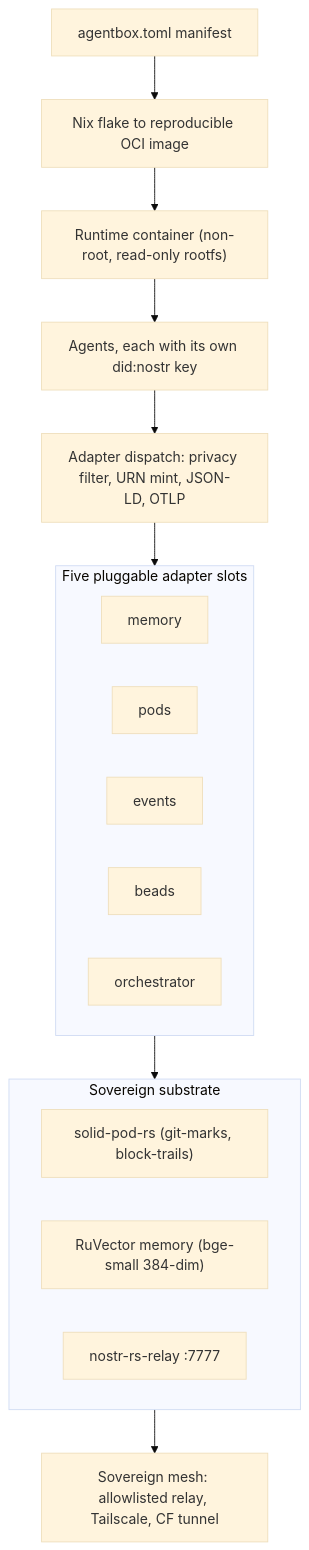
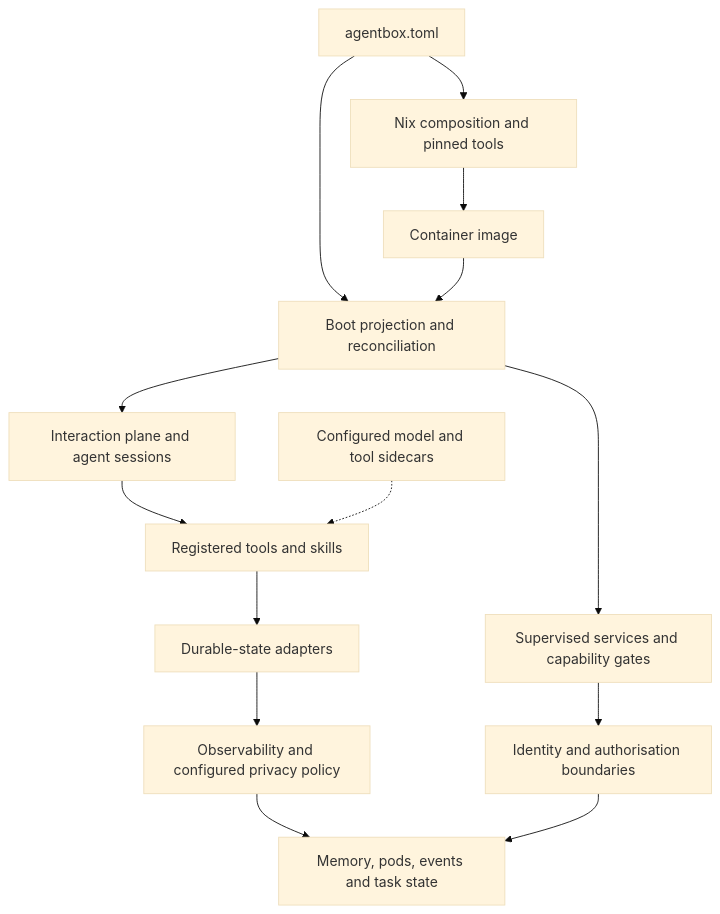
The diagram in README.md (DreamLab-AI/agentbox), drawn with Mermaid (base theme) before and after one commit. The commit also changed other lines of this file, not shown here.

First line of the commit message:
docs: refresh Agentbox overview and evidenced runtime boundaries

````diff
--- a/README.md
+++ b/README.md
@@ -145,22 +54,16 @@
 ```mermaid
 flowchart TB
-    MAN["agentbox.toml manifest"] --> NIX["Nix flake to reproducible OCI image"]
-    NIX --> RT["Runtime container (non-root, read-only rootfs)"]
-    RT --> AG["Agents, each with its own did:nostr key"]
-    AG --> MW["Adapter dispatch: privacy filter, URN mint, JSON-LD, OTLP"]
-    MW --> SLOTS
-    subgraph SLOTS["Five pluggable adapter slots"]
-        MEM["memory"]
-        POD["pods"]
-        EVT["events"]
-        BEAD["beads"]
-        ORC["orchestrator"]
-    end
-    SLOTS --> SUB
-    subgraph SUB["Sovereign substrate"]
-        SP["solid-pod-rs (git-marks, block-trails)"]
-        RV["RuVector memory (bge-small 384-dim)"]
-        NR["nostr-rs-relay :7777"]
-    end
-    SUB --> FED["Sovereign mesh: allowlisted relay, Tailscale, CF tunnel"]
+    MANIFEST["agentbox.toml"] --> BUILD["Nix composition and pinned tools"]
+    BUILD --> IMAGE["Container image"]
+    MANIFEST --> BOOT["Boot projection and reconciliation"]
+    IMAGE --> BOOT
+    BOOT --> SESSIONS["Interaction plane and agent sessions"]
+    BOOT --> SERVICES["Supervised services and capability gates"]
+    SESSIONS --> TOOLS["Registered tools and skills"]
+    TOOLS --> ADAPTERS["Durable-state adapters"]
+    ADAPTERS --> WRAPS["Observability and configured privacy policy"]
+    WRAPS --> STATE["Memory, pods, events and task state"]
+    SERVICES --> ID["Identity and authorisation boundaries"]
+    ID --> STATE
+    EXTERNAL["Configured model and tool sidecars"] -.-> TOOLS
 ```
````
